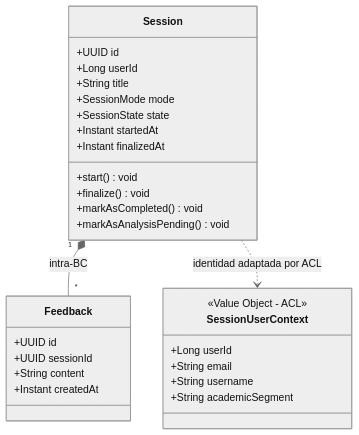
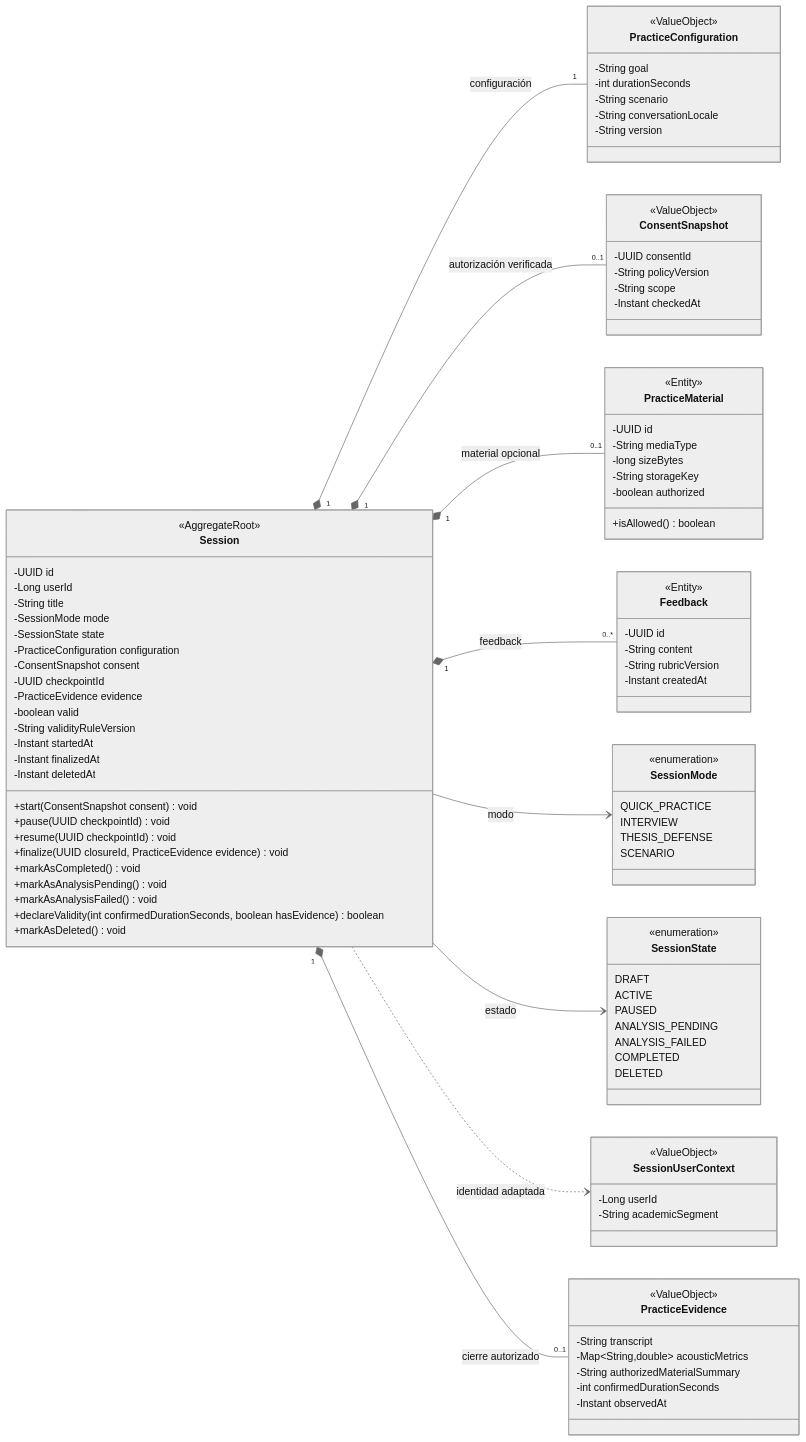
One commit to upc-pre-202620-si728-16365-thropic/talki-project-report changed the diagram in assets/diagrams/tactical/04-practice-sessions-classes.mmd. Above: the diagram before and after it, drawn with Mermaid (neutral theme). The commit also changed 6 other files, not shown here.

First line of the commit message:
docs(5.4): completa modelos y contratos de Practice Session Management

```diff
--- a/assets/diagrams/tactical/04-practice-sessions-classes.mmd
+++ b/assets/diagrams/tactical/04-practice-sessions-classes.mmd
@@ -1,29 +1,98 @@
 classDiagram
-    class Session {
-        +UUID id
-        +Long userId
-        +String title
-        +SessionMode mode
-        +SessionState state
-        +Instant startedAt
-        +Instant finalizedAt
-        +start() void
-        +finalize() void
-        +markAsCompleted() void
-        +markAsAnalysisPending() void
-    }
-    class Feedback {
-        +UUID id
-        +UUID sessionId
-        +String content
-        +Instant createdAt
-    }
-    class SessionUserContext {
-        <<Value Object - ACL>>
-        +Long userId
-        +String email
-        +String username
-        +String academicSegment
-    }
-    Session "1" *-- "*" Feedback : intra-BC
-    Session ..> SessionUserContext : identidad adaptada por ACL
+ direction LR
+class Session {
+  <<AggregateRoot>>
+  -UUID id
+  -Long userId
+  -String title
+  -SessionMode mode
+  -SessionState state
+  -PracticeConfiguration configuration
+  -ConsentSnapshot consent
+  -UUID checkpointId
+  -PracticeEvidence evidence
+  -boolean valid
+  -String validityRuleVersion
+  -Instant startedAt
+  -Instant finalizedAt
+  -Instant deletedAt
+  +start(ConsentSnapshot consent) void
+  +pause(UUID checkpointId) void
+  +resume(UUID checkpointId) void
+  +finalize(UUID closureId, PracticeEvidence evidence) void
+  +markAsCompleted() void
+  +markAsAnalysisPending() void
+  +markAsAnalysisFailed() void
+  +declareValidity(int confirmedDurationSeconds, boolean hasEvidence) boolean
+  +markAsDeleted() void
+}
+class SessionMode {
+  <<enumeration>>
+  QUICK_PRACTICE
+  INTERVIEW
+  THESIS_DEFENSE
+  SCENARIO
+}
+class SessionState {
+  <<enumeration>>
+  DRAFT
+  ACTIVE
+  PAUSED
+  ANALYSIS_PENDING
+  ANALYSIS_FAILED
+  COMPLETED
+  DELETED
+}
+class PracticeConfiguration {
+  <<ValueObject>>
+  -String goal
+  -int durationSeconds
+  -String scenario
+  -String conversationLocale
+  -String version
+}
+class ConsentSnapshot {
+  <<ValueObject>>
+  -UUID consentId
+  -String policyVersion
+  -String scope
+  -Instant checkedAt
+}
+class PracticeMaterial {
+  <<Entity>>
+  -UUID id
+  -String mediaType
+  -long sizeBytes
+  -String storageKey
+  -boolean authorized
+  +isAllowed() boolean
+}
+class Feedback {
+  <<Entity>>
+  -UUID id
+  -String content
+  -String rubricVersion
+  -Instant createdAt
+}
+class SessionUserContext {
+  <<ValueObject>>
+  -Long userId
+  -String academicSegment
+}
+Session "1" *-- "1" PracticeConfiguration : configuración
+Session "1" *-- "0..1" ConsentSnapshot : autorización verificada
+Session "1" *-- "0..1" PracticeMaterial : material opcional
+Session "1" *-- "0..*" Feedback : feedback
+Session --> SessionMode : modo
+Session --> SessionState : estado
+Session ..> SessionUserContext : identidad adaptada
+
+class PracticeEvidence {
+  <<ValueObject>>
+  -String transcript
+  -Map~String,double~ acousticMetrics
+  -String authorizedMaterialSummary
+  -int confirmedDurationSeconds
+  -Instant observedAt
+}
+Session "1" *-- "0..1" PracticeEvidence : cierre autorizado
```
